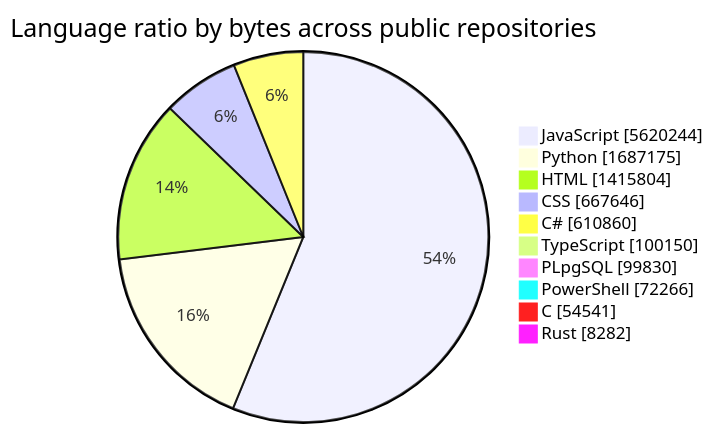
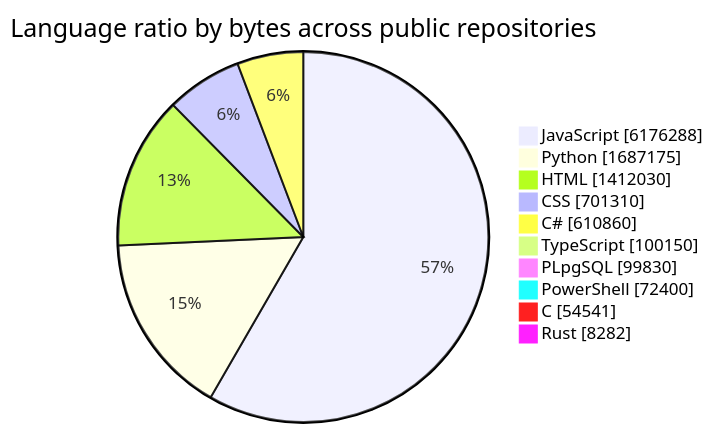
Before and after one commit to tchinso/tchinso: the first of 2 diagrams in README.md, drawn with Mermaid. The commit also changed other lines of this file, not shown here.

````diff
--- a/README.md
+++ b/README.md
@@ -27,14 +27,14 @@
 ```mermaid
 pie showData
     title Language ratio by bytes across public repositories
-    "JavaScript" : 5620244
+    "JavaScript" : 6176288
     "Python" : 1687175
-    "HTML" : 1415804
-    "CSS" : 667646
+    "HTML" : 1412030
+    "CSS" : 701310
     "C#" : 610860
     "TypeScript" : 100150
     "PLpgSQL" : 99830
-    "PowerShell" : 72266
+    "PowerShell" : 72400
     "C" : 54541
     "Rust" : 8282
 ```
````
